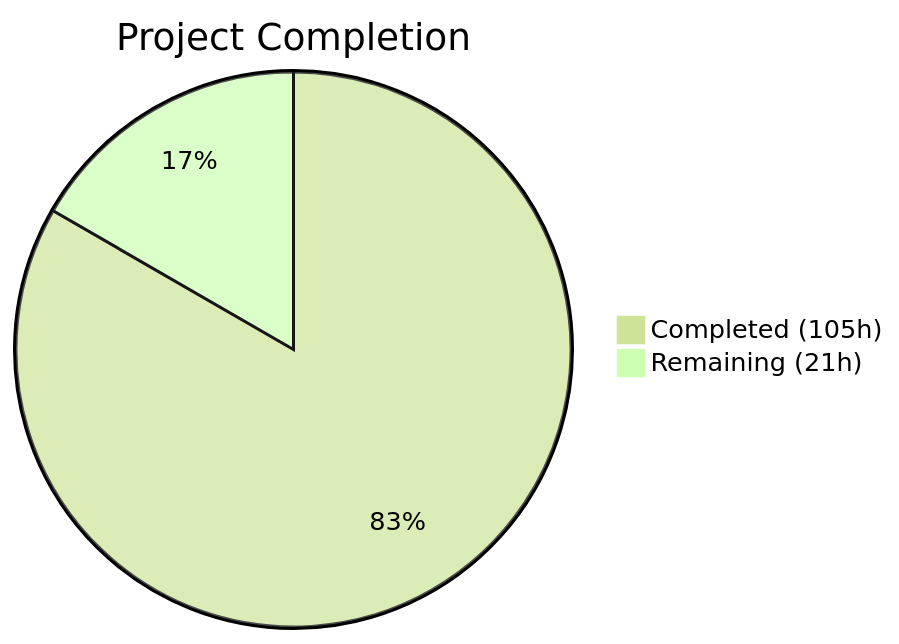
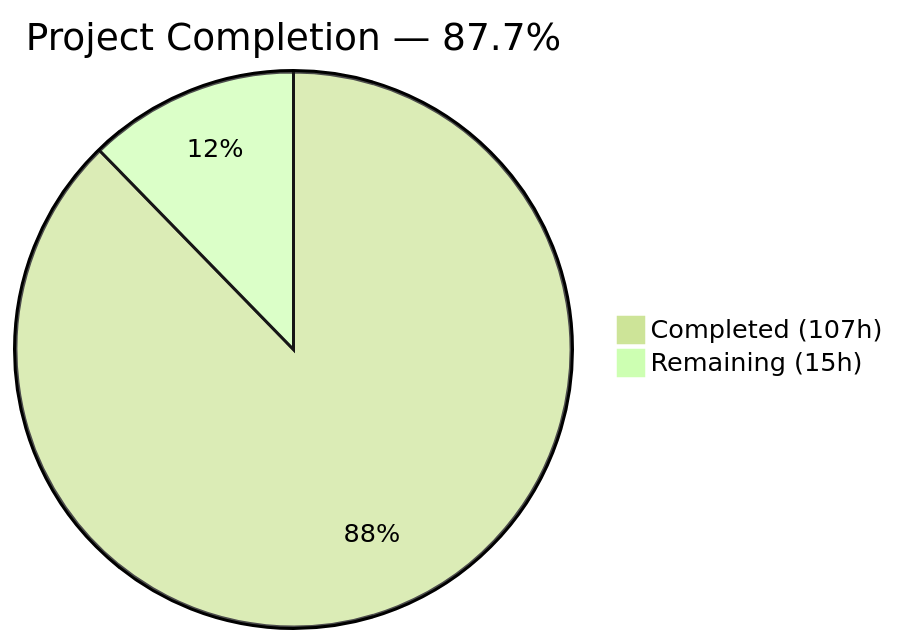
The first of 3 diagrams in blitzy/documentation/Project Guide.md (Blitzy-Sandbox/blitzy-RudderStack), drawn with Mermaid (forest theme) before and after one commit. The commit also changed other lines of this file, not shown here.

Commit message:
Adding Blitzy Project Guide: Project Status and Human Tasks Remaining

````diff
--- a/blitzy/documentation/Project Guide.md
+++ b/blitzy/documentation/Project Guide.md
@@ -13,5 +13,5 @@
 ```mermaid
-pie title Project Completion
-    "Completed (105h)" : 105
-    "Remaining (21h)" : 21
+pie title Project Completion — 87.7%
+    "Completed (107h)" : 107
+    "Remaining (15h)" : 15
 ```
````
